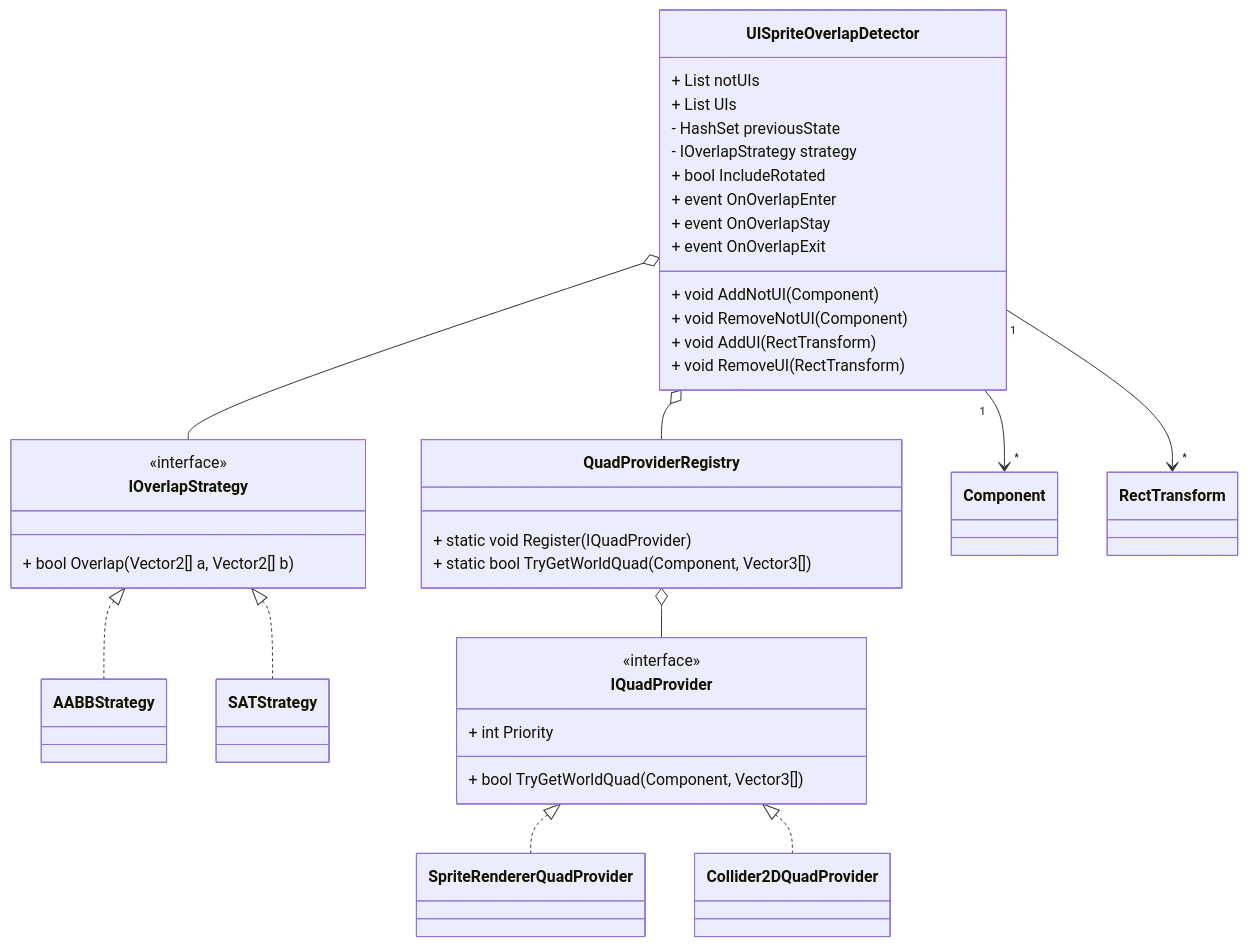
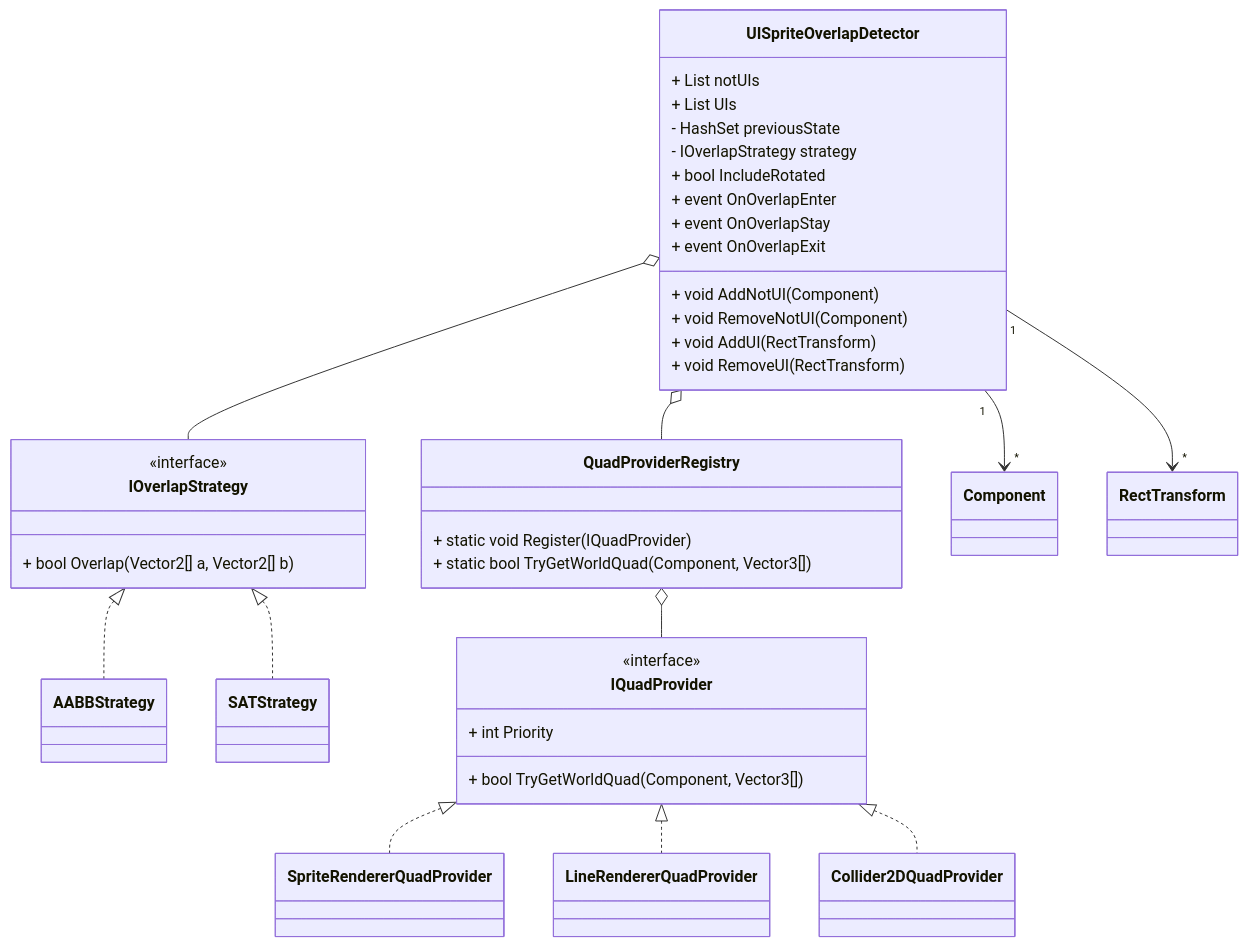
The diagram in README.md (SunagimoOisii/UIOverlapDetector), drawn with Mermaid before and after one commit. The commit also changed other lines of this file and 2 other files, not shown here.

Commit message:
feat: LineRenderer 用 QuadProvider を追加

````diff
--- a/README.md
+++ b/README.md
@@ -29,54 +29,56 @@
 ```mermaid
 classDiagram
     direction TD
     
     class IOverlapStrategy {
         <<interface>>
         + bool Overlap(Vector2[] a, Vector2[] b)
     }
 
     class AABBStrategy
     class SATStrategy
 
     IOverlapStrategy <|.. AABBStrategy
     IOverlapStrategy <|.. SATStrategy
 
     class IQuadProvider {
         <<interface>>
         + int Priority
         + bool TryGetWorldQuad(Component, Vector3[])
     }
 
     class SpriteRendererQuadProvider
+    class LineRendererQuadProvider
     class Collider2DQuadProvider
 
     IQuadProvider <|.. SpriteRendererQuadProvider
+    IQuadProvider <|.. LineRendererQuadProvider
     IQuadProvider <|.. Collider2DQuadProvider
 
     class QuadProviderRegistry {
         + static void Register(IQuadProvider)
         + static bool TryGetWorldQuad(Component, Vector3[])
     }
 
     class UISpriteOverlapDetector {
         + List notUIs
         + List UIs
         - HashSet previousState
         - IOverlapStrategy strategy
         + bool IncludeRotated
 
         + event OnOverlapEnter
         + event OnOverlapStay
         + event OnOverlapExit
         + void AddNotUI(Component)
         + void RemoveNotUI(Component)
         + void AddUI(RectTransform)
         + void RemoveUI(RectTransform)
     }
 
     UISpriteOverlapDetector o-- IOverlapStrategy
     UISpriteOverlapDetector o-- QuadProviderRegistry
     QuadProviderRegistry o-- IQuadProvider
     UISpriteOverlapDetector "1" --> "*" Component
     UISpriteOverlapDetector "1" --> "*" RectTransform
 ```
````
